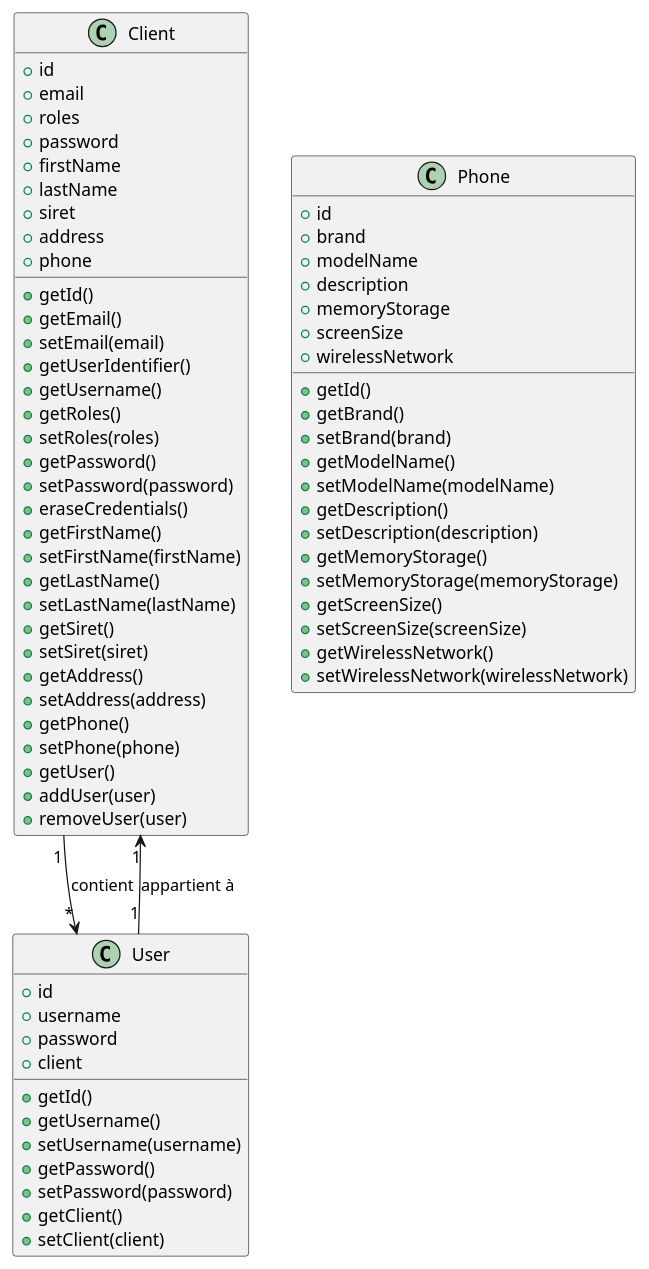
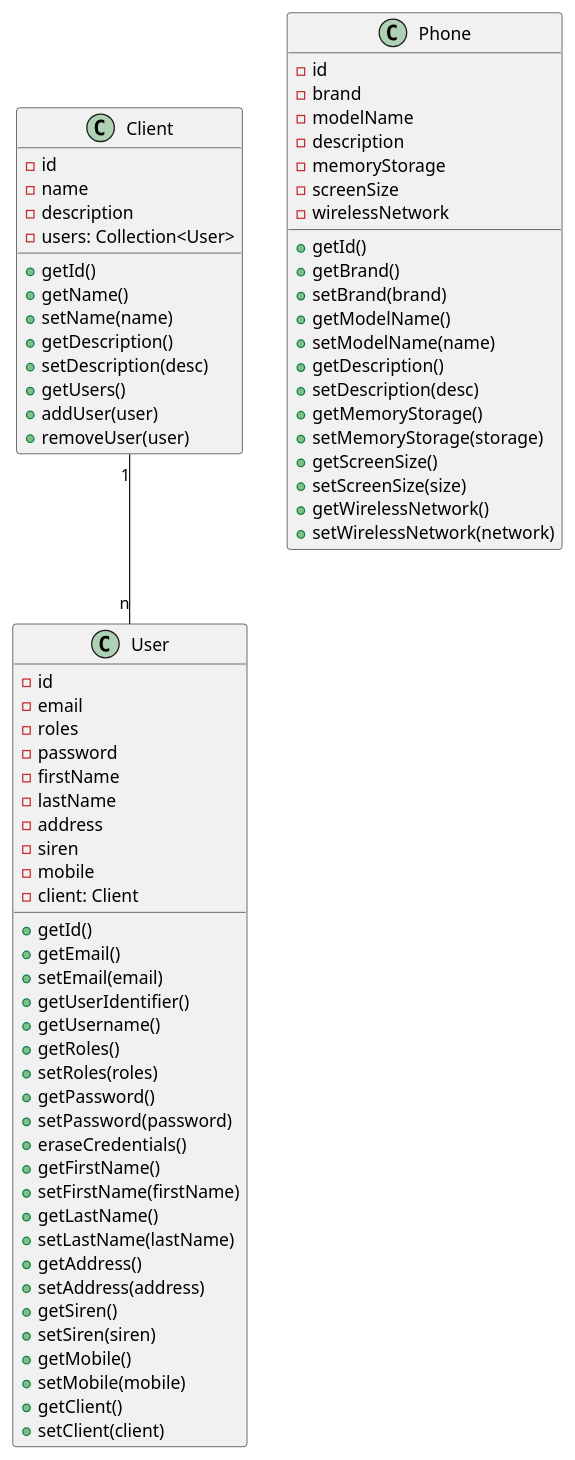
Before and after one commit to OussBel/bileMo: the diagram in diagrammes-uml/Class.plantuml, drawn with PlantUML. The commit also changed 23 other files, not shown here.

Commit message:
Correction des digrammes uml, entity Client, User

```diff
--- a/diagrammes-uml/Class.plantuml
+++ b/diagrammes-uml/Class.plantuml
@@ -1,81 +1,78 @@
 @startuml
 
 class Client {
-    +id
-    +email
-    +roles
-    +password
-    +firstName
-    +lastName
-    +siret
-    +address
-    +phone
-
-    +getId()
-    +getEmail()
-    +setEmail(email)
-    +getUserIdentifier()
-    +getUsername()
-    +getRoles()
-    +setRoles(roles)
-    +getPassword()
-    +setPassword(password)
-    +eraseCredentials()
-    +getFirstName()
-    +setFirstName(firstName)
-    +getLastName()
-    +setLastName(lastName)
-    +getSiret()
-    +setSiret(siret)
-    +getAddress()
-    +setAddress(address)
-    +getPhone()
-    +setPhone(phone)
-    +getUser()
-    +addUser(user)
-    +removeUser(user)
+  - id
+  - name
+  - description
+  - users: Collection<User>
+  + getId()
+  + getName()
+  + setName(name)
+  + getDescription()
+  + setDescription(desc)
+  + getUsers()
+  + addUser(user)
+  + removeUser(user)
 }
 
 class Phone {
-    +id
-    +brand
-    +modelName
-    +description
-    +memoryStorage
-    +screenSize
-    +wirelessNetwork
-
-    +getId()
-    +getBrand()
-    +setBrand(brand)
-    +getModelName()
-    +setModelName(modelName)
-    +getDescription()
-    +setDescription(description)
-    +getMemoryStorage()
-    +setMemoryStorage(memoryStorage)
-    +getScreenSize()
-    +setScreenSize(screenSize)
-    +getWirelessNetwork()
-    +setWirelessNetwork(wirelessNetwork)
+  - id
+  - brand
+  - modelName
+  - description
+  - memoryStorage
+  - screenSize
+  - wirelessNetwork
+  + getId()
+  + getBrand()
+  + setBrand(brand)
+  + getModelName()
+  + setModelName(name)
+  + getDescription()
+  + setDescription(desc)
+  + getMemoryStorage()
+  + setMemoryStorage(storage)
+  + getScreenSize()
+  + setScreenSize(size)
+  + getWirelessNetwork()
+  + setWirelessNetwork(network)
 }
 
 class User {
-    +id
-    +username
-    +password
-    +client
-
-    +getId()
-    +getUsername()
-    +setUsername(username)
-    +getPassword()
-    +setPassword(password)
-    +getClient()
-    +setClient(client)
+  - id
+  - email
+  - roles
+  - password
+  - firstName
+  - lastName
+  - address
+  - siren
+  - mobile
+  - client: Client
+  + getId()
+  + getEmail()
+  + setEmail(email)
+  + getUserIdentifier()
+  + getUsername()
+  + getRoles()
+  + setRoles(roles)
+  + getPassword()
+  + setPassword(password)
+  + eraseCredentials()
+  + getFirstName()
+  + setFirstName(firstName)
+  + getLastName()
+  + setLastName(lastName)
+  + getAddress()
+  + setAddress(address)
+  + getSiren()
+  + setSiren(siren)
+  + getMobile()
+  + setMobile(mobile)
+  + getClient()
+  + setClient(client)
 }
 
-Client "1" --> "*" User : contient
-User "1" --> "1" Client : appartient à
+Client  "1" -- "n" User
 
 @enduml
```
